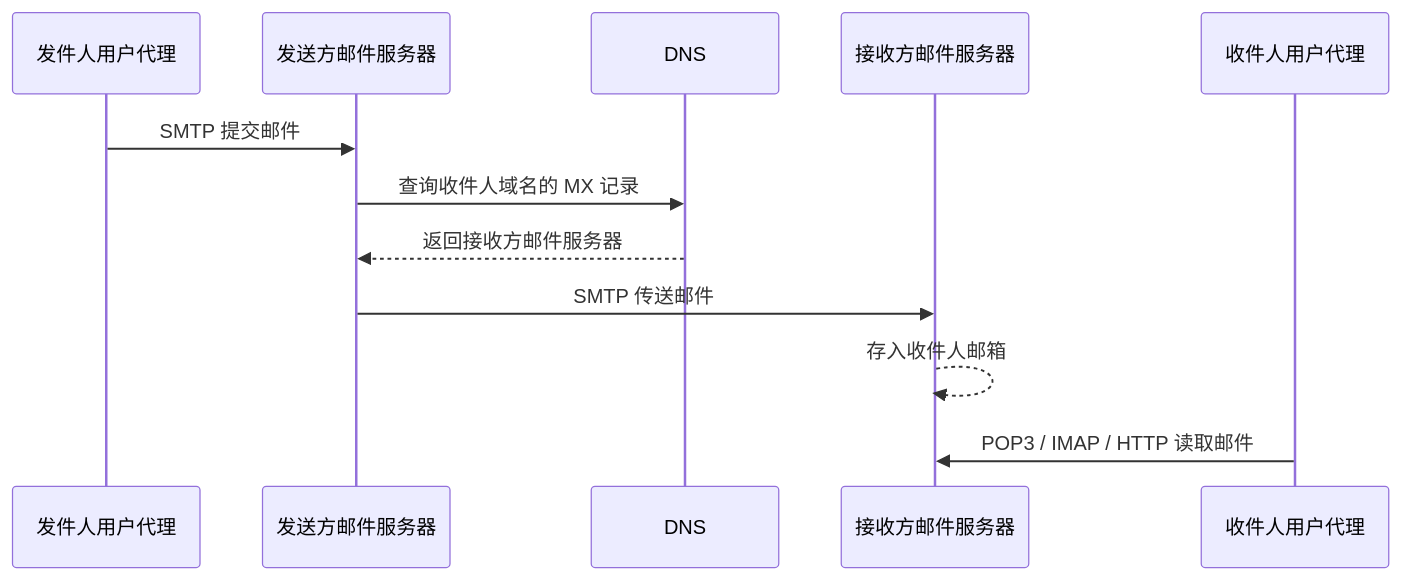
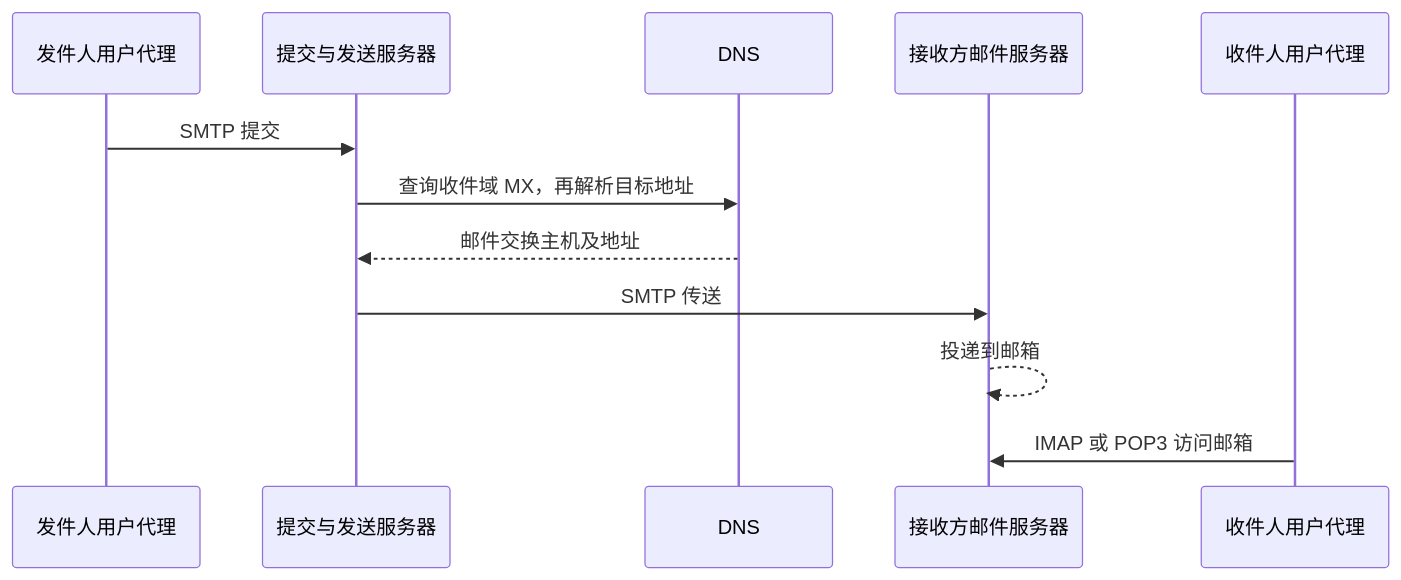
The diagram in docs/public/cs/network-email.md (gsjz/notebook), drawn with Mermaid before and after one commit. The commit also changed other lines of this file and 23 other files, not shown here.

````diff
--- a/docs/public/cs/network-email.md
+++ b/docs/public/cs/network-email.md
@@ -12,14 +7,14 @@
 ```mermaid
 sequenceDiagram
   participant A as 发件人用户代理
-  participant SA as 发送方邮件服务器
-  participant DNS as DNS
+  participant SA as 提交与发送服务器
+  participant D as DNS
   participant SB as 接收方邮件服务器
   participant B as 收件人用户代理
-  A->>SA: SMTP 提交邮件
-  SA->>DNS: 查询收件人域名的 MX 记录
-  DNS-->>SA: 返回接收方邮件服务器
-  SA->>SB: SMTP 传送邮件
-  SB-->>SB: 存入收件人邮箱
-  B->>SB: POP3 / IMAP / HTTP 读取邮件
+  A->>SA: SMTP 提交
+  SA->>D: 查询收件域 MX，再解析目标地址
+  D-->>SA: 邮件交换主机及地址
+  SA->>SB: SMTP 传送
+  SB-->>SB: 投递到邮箱
+  B->>SB: IMAP 或 POP3 访问邮箱
 ```
````
